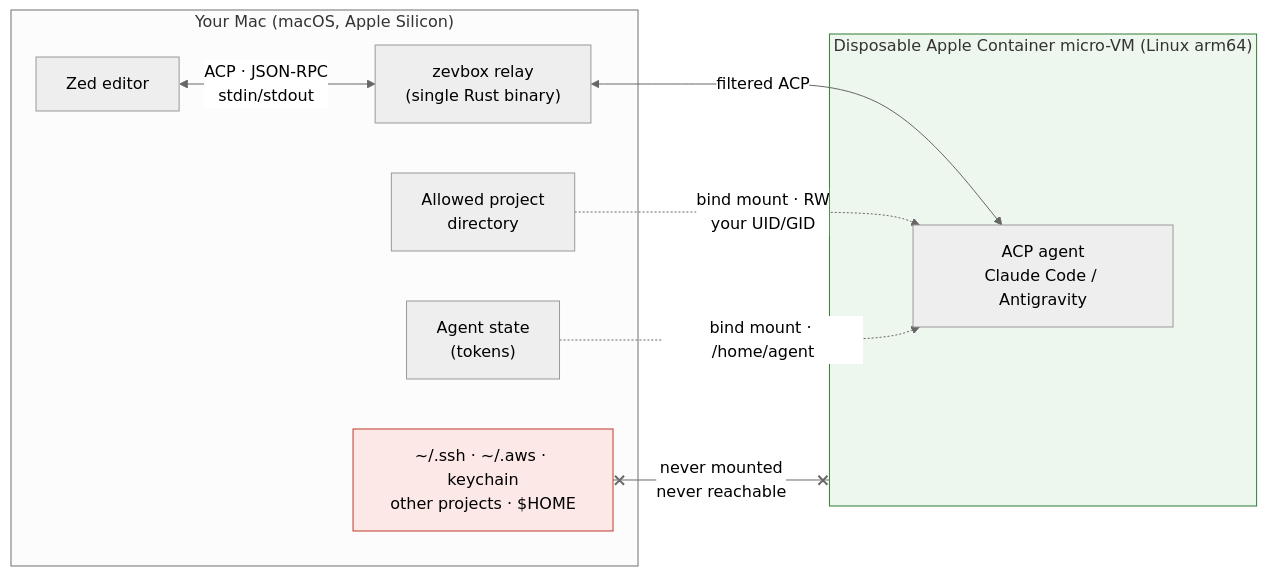
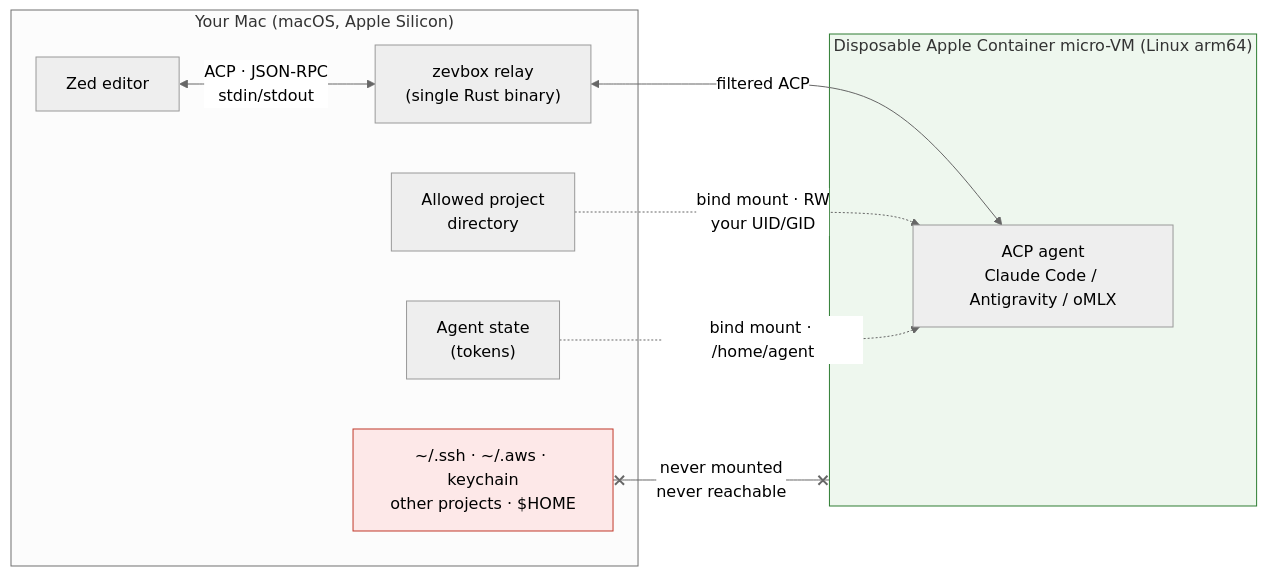
Before and after one commit to brainztorm/zevbox: the first of 4 diagrams in README.md, drawn with Mermaid (neutral theme). The commit also changed other lines of this file and 27 other files, not shown here.

First line of the commit message:
omlx: third agent, the Claude adapter on a local oMLX server

````diff
--- a/README.md
+++ b/README.md
@@ -37,22 +38,22 @@
 ```mermaid
 flowchart LR
     subgraph Host ["Your Mac (macOS, Apple Silicon)"]
         Zed["Zed editor"]
         Relay["zevbox relay\n(single Rust binary)"]
         Project["Allowed project\ndirectory"]
         State["Agent state\n(tokens)"]
         Secrets["~/.ssh · ~/.aws · keychain\nother projects · $HOME"]
     end
     subgraph VM ["Disposable Apple Container micro-VM (Linux arm64)"]
-        Agent["ACP agent\nClaude Code / Antigravity"]
+        Agent["ACP agent\nClaude Code / Antigravity / oMLX"]
     end
 
     Zed <-->|"ACP · JSON-RPC\nstdin/stdout"| Relay
     Relay <-->|"filtered ACP"| Agent
     Project -.->|"bind mount · RW\nyour UID/GID"| Agent
     State -.->|"bind mount · /home/agent"| Agent
     Secrets x--x|"never mounted\nnever reachable"| VM
 
     style Secrets fill:#fde8e8,stroke:#c0392b
     style VM fill:#eef7ee,stroke:#2e7d32
 ```
````
